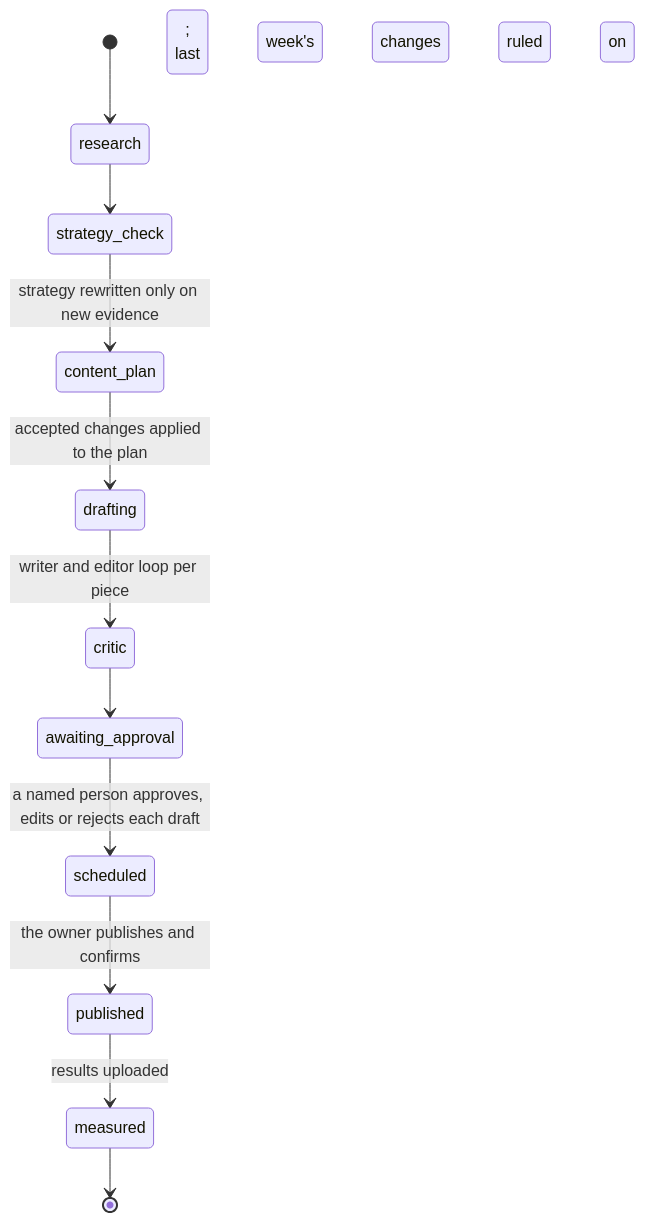
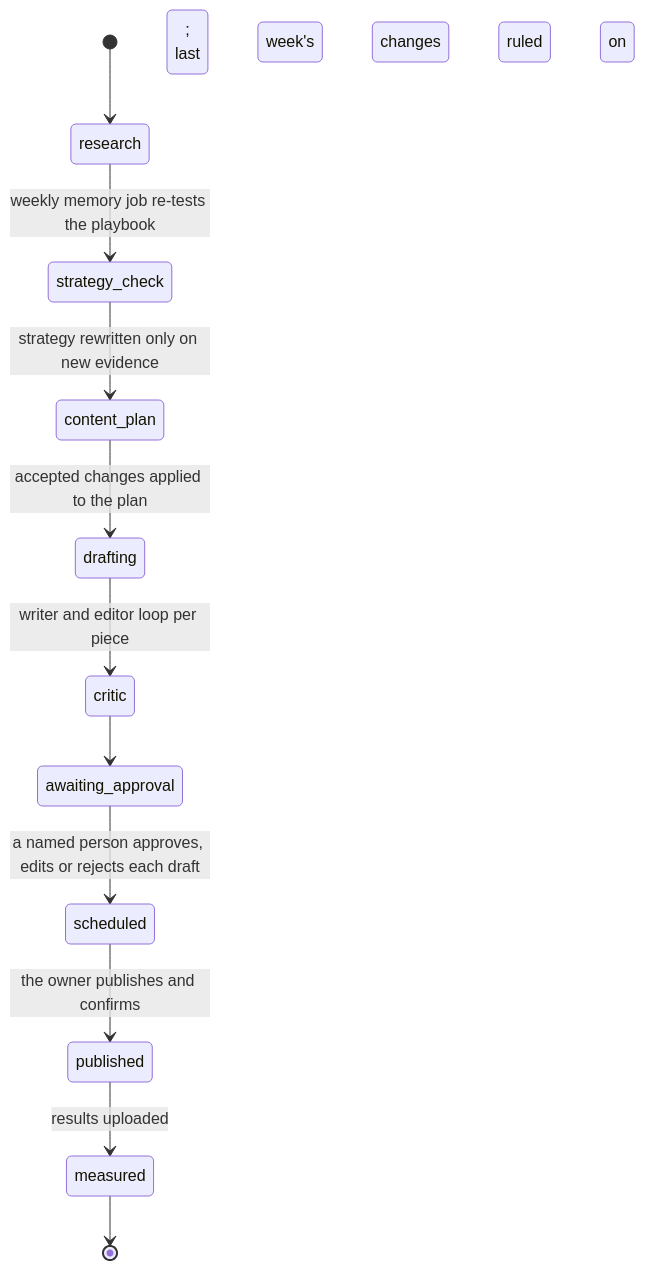
The second of 2 diagrams in docs/architecture.md (adityajamdhade6/growthcrew), drawn with Mermaid before and after one commit. The commit also changed other lines of this file and 31 other files, not shown here.

First line of the commit message:
Add long-term memory and an evolving playbook

````diff
--- a/docs/architecture.md
+++ b/docs/architecture.md
@@ -83,13 +108,13 @@
 ```mermaid
 stateDiagram-v2
     [*] --> research
-    research --> strategy_check
+    research --> strategy_check: weekly memory job re-tests the playbook
     strategy_check --> content_plan: strategy rewritten only on new evidence;<br/>last week's changes ruled on
     content_plan --> drafting: accepted changes applied to the plan
     drafting --> critic: writer and editor loop per piece
     critic --> awaiting_approval
     awaiting_approval --> scheduled: a named person approves, edits or rejects each draft
     scheduled --> published: the owner publishes and confirms
     published --> measured: results uploaded
     measured --> [*]
 ```
````
